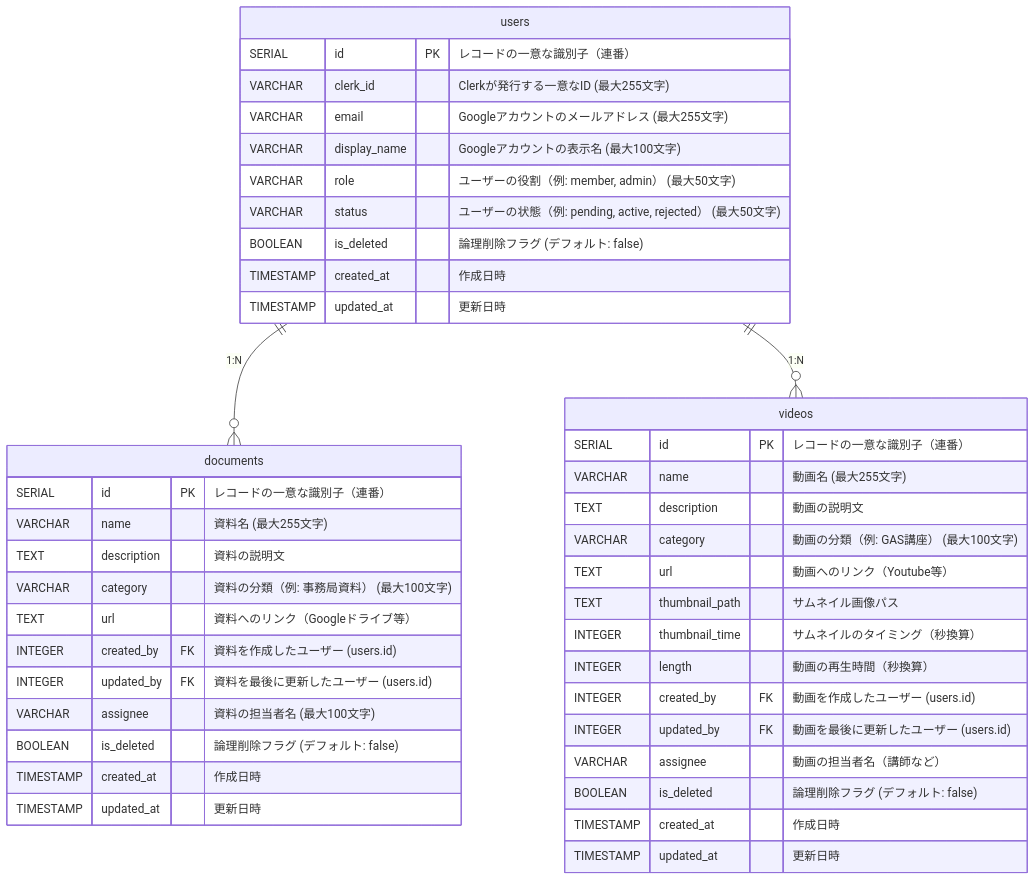
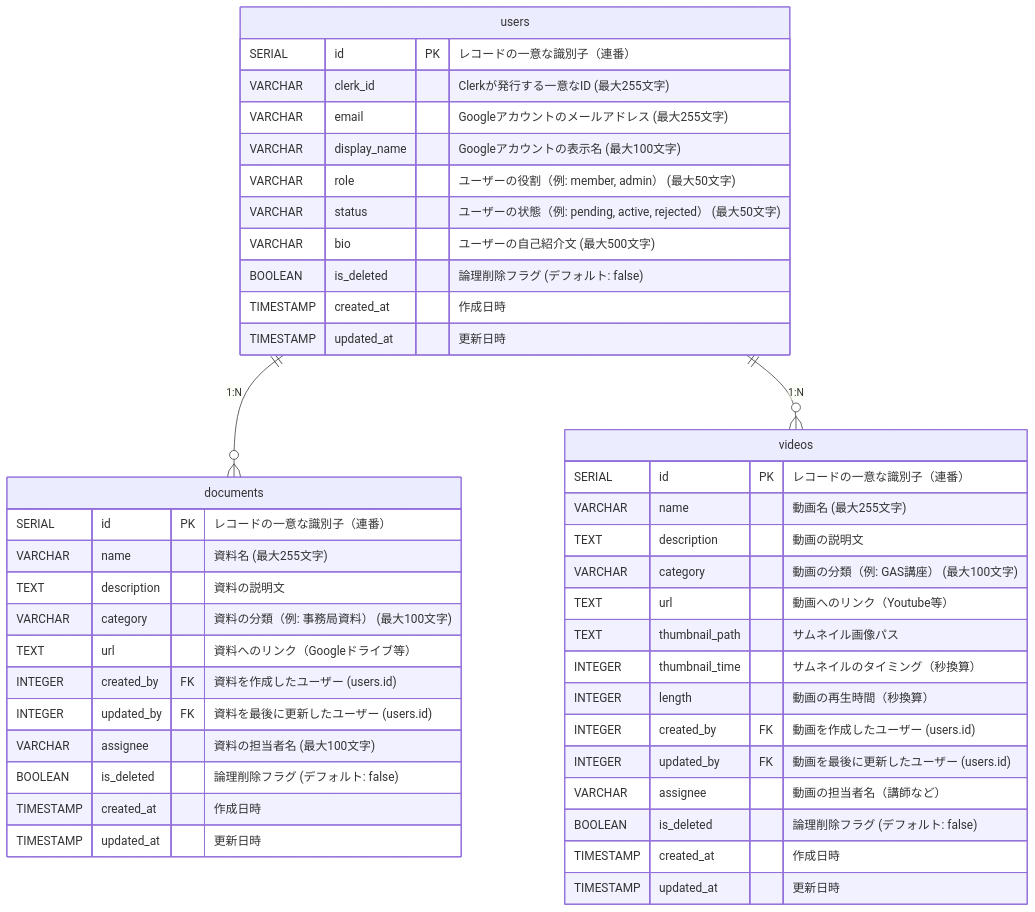
Before and after one commit to Singuralitylabs/portal-site: the diagram in docs/database.md, drawn with Mermaid. The commit also changed other lines of this file and 2 other files, not shown here.

Commit message:
データベース設計書: プロフィールページの設計書に合わせbioカラムを追加

````diff
--- a/docs/database.md
+++ b/docs/database.md
@@ -76,48 +77,49 @@
 ```mermaid
 erDiagram
     users {
         SERIAL id PK "レコードの一意な識別子（連番）"
         VARCHAR clerk_id "Clerkが発行する一意なID (最大255文字)"
         VARCHAR email "Googleアカウントのメールアドレス (最大255文字)"
         VARCHAR display_name "Googleアカウントの表示名 (最大100文字)"
         VARCHAR role "ユーザーの役割（例: member, admin） (最大50文字)"
         VARCHAR status "ユーザーの状態（例: pending, active, rejected） (最大50文字)"
+        VARCHAR bio "ユーザーの自己紹介文 (最大500文字)"
         BOOLEAN is_deleted "論理削除フラグ (デフォルト: false)"
         TIMESTAMP created_at "作成日時"
         TIMESTAMP updated_at "更新日時"
     }
 
     documents {
         SERIAL id PK "レコードの一意な識別子（連番）"
         VARCHAR name "資料名 (最大255文字)"
         TEXT description "資料の説明文"
         VARCHAR category "資料の分類（例: 事務局資料） (最大100文字)"
         TEXT url "資料へのリンク（Googleドライブ等）"
         INTEGER created_by FK "資料を作成したユーザー (users.id)"
         INTEGER updated_by FK "資料を最後に更新したユーザー (users.id)"
         VARCHAR assignee "資料の担当者名 (最大100文字)"
         BOOLEAN is_deleted "論理削除フラグ (デフォルト: false)"
         TIMESTAMP created_at "作成日時"
         TIMESTAMP updated_at "更新日時"
     }
 
     videos {
         SERIAL id PK "レコードの一意な識別子（連番）"
         VARCHAR name "動画名 (最大255文字)"
         TEXT description "動画の説明文"
         VARCHAR category "動画の分類（例: GAS講座） (最大100文字)"
         TEXT url "動画へのリンク（Youtube等）"
         TEXT thumbnail_path "サムネイル画像パス"
         INTEGER thumbnail_time "サムネイルのタイミング（秒換算）"
         INTEGER length "動画の再生時間（秒換算）"
         INTEGER created_by FK "動画を作成したユーザー (users.id)"
         INTEGER updated_by FK "動画を最後に更新したユーザー (users.id)"
         VARCHAR assignee "動画の担当者名（講師など）"
         BOOLEAN is_deleted "論理削除フラグ (デフォルト: false)"
         TIMESTAMP created_at "作成日時"
         TIMESTAMP updated_at "更新日時"
     }
 
     users ||--o{ documents : "1:N"
     users ||--o{ videos : "1:N"
 ```
````
